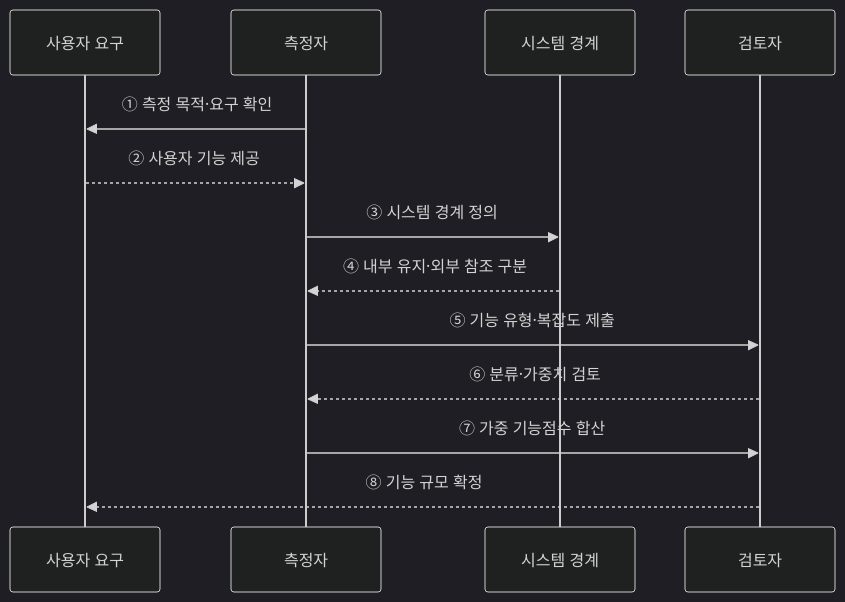
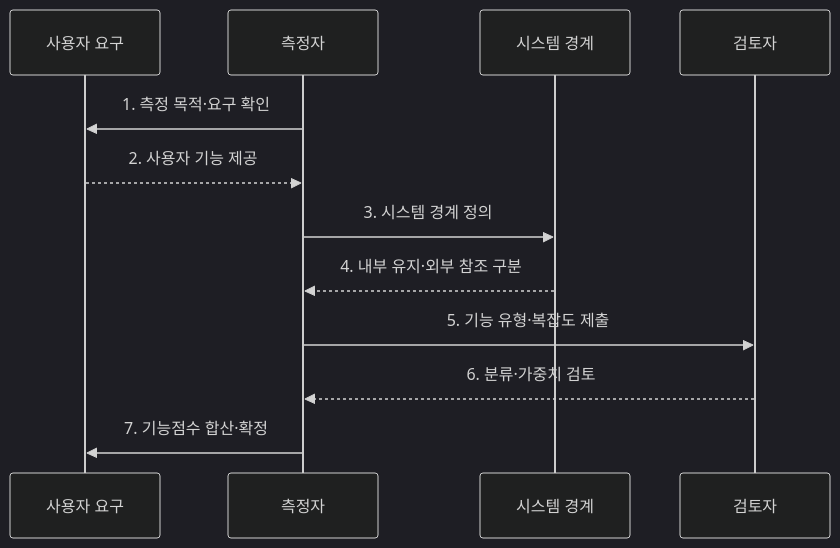
Before and after one commit to agnusdei1207/knowledge-base: the second of 2 diagrams in src/content/docs/notes/03-software/073_function_point.md, drawn with Mermaid (dark theme). The commit also changed other lines of this file and 20 other files, not shown here.

````diff
--- a/src/content/docs/notes/03-software/073_function_point.md
+++ b/src/content/docs/notes/03-software/073_function_point.md
@@ -83,15 +87,14 @@
 ```mermaid
 sequenceDiagram
     participant U as 사용자 요구
     participant A as 측정자
     participant S as 시스템 경계
     participant R as 검토자
-    A->>U: ① 측정 목적·요구 확인
-    U-->>A: ② 사용자 기능 제공
-    A->>S: ③ 시스템 경계 정의
-    S-->>A: ④ 내부 유지·외부 참조 구분
-    A->>R: ⑤ 기능 유형·복잡도 제출
-    R-->>A: ⑥ 분류·가중치 검토
-    A->>R: ⑦ 가중 기능점수 합산
-    R-->>U: ⑧ 기능 규모 확정
+    A->>U: 1. 측정 목적·요구 확인
+    U-->>A: 2. 사용자 기능 제공
+    A->>S: 3. 시스템 경계 정의
+    S-->>A: 4. 내부 유지·외부 참조 구분
+    A->>R: 5. 기능 유형·복잡도 제출
+    R-->>A: 6. 분류·가중치 검토
+    A->>U: 7. 기능점수 합산·확정
 ```
````
